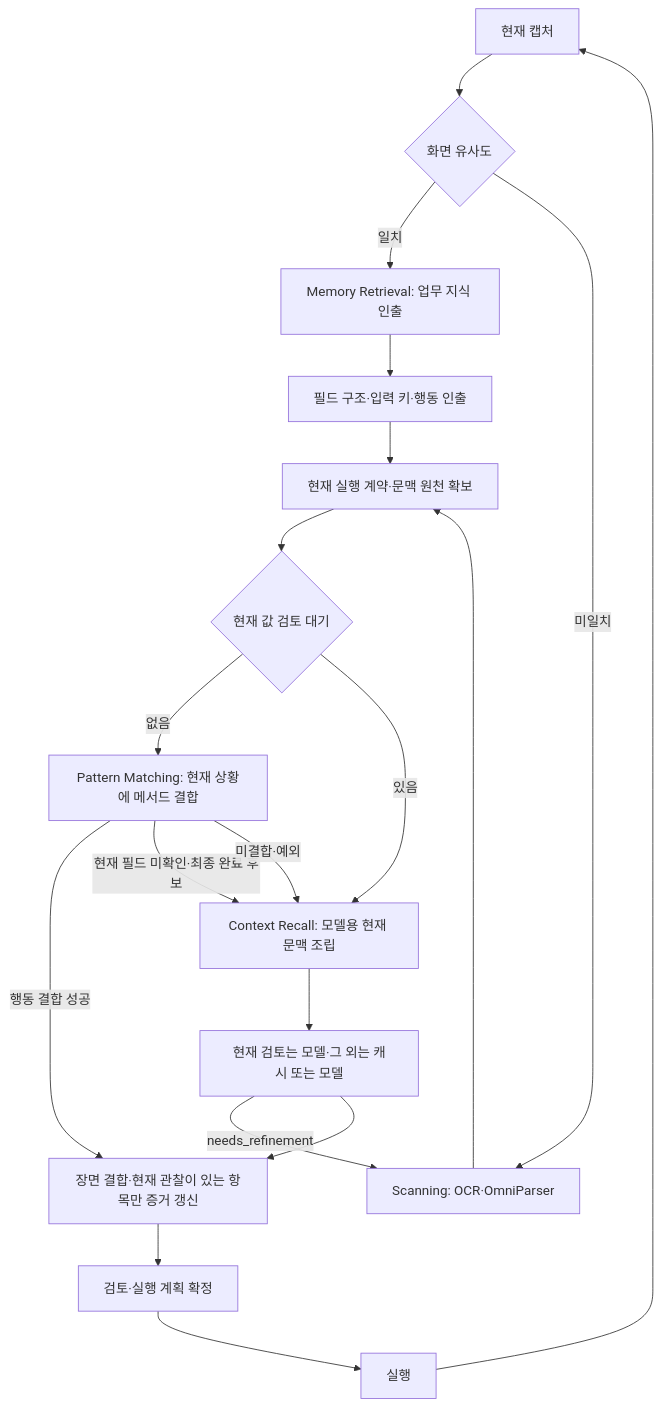
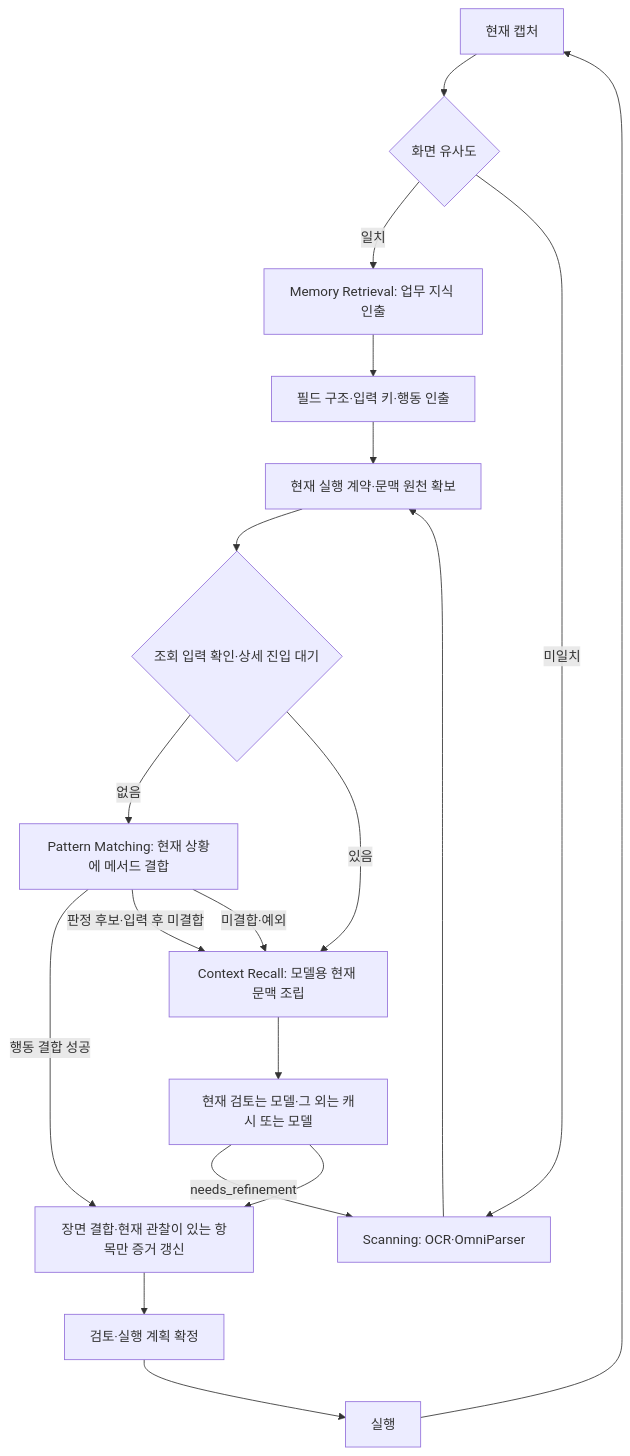
The diagram in docs/runtime-terminology.md (Dreamtreeme/agent-sawon), drawn with Mermaid before and after one commit. The commit also changed other lines of this file and 14 other files, not shown here.

````diff
--- a/docs/runtime-terminology.md
+++ b/docs/runtime-terminology.md
@@ -27,21 +27,21 @@
 ```mermaid
 flowchart TD
     CAP[현재 캡처] --> SIM{화면 유사도}
     SIM -->|일치| MEM[Memory Retrieval: 업무 지식 인출]
     SIM -->|미일치| SCAN[Scanning: OCR·OmniParser]
     MEM --> STRUCTURE[필드 구조·입력 키·행동 인출]
     STRUCTURE --> STATE[현재 실행 계약·문맥 원천 확보]
     SCAN --> STATE
-    STATE --> NEED{현재 값 검토 대기}
+    STATE --> NEED{조회 입력 확인·상세 진입 대기}
     NEED -->|없음| PAT[Pattern Matching: 현재 상황에 메서드 결합]
     NEED -->|있음| CTX[Context Recall: 모델용 현재 문맥 조립]
     PAT -->|행동 결합 성공| BIND
-    PAT -->|현재 필드 미확인·최종 완료 후보| CTX
+    PAT -->|판정 후보·입력 후 미결합| CTX
     PAT -->|미결합·예외| CTX
     CTX --> DEC[현재 검토는 모델·그 외는 캐시 또는 모델]
     DEC -->|needs_refinement| SCAN
     DEC --> BIND[장면 결합·현재 관찰이 있는 항목만 증거 갱신]
     BIND --> REVIEW[검토·실행 계획 확정]
     REVIEW --> ACT[실행]
     ACT --> CAP
 ```
````
